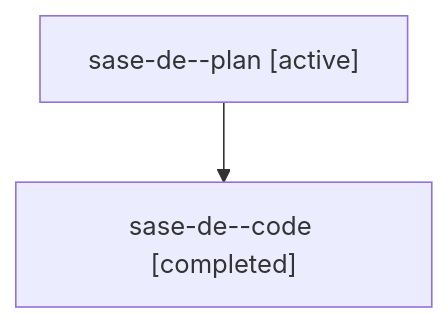
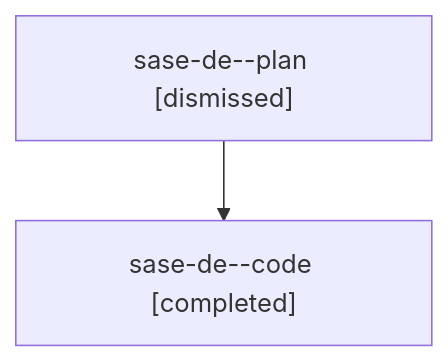
One commit to sase-org/sase--agents changed the diagram in sessions/bbugyi200.athena.sase-de.md. Above: the diagram before and after it, drawn with Mermaid. The commit also changed other lines of this file and 60 other files, not shown here.

````diff
--- a/sessions/bbugyi200.athena.sase-de.md
+++ b/sessions/bbugyi200.athena.sase-de.md
@@ -9,6 +9,6 @@
 ```mermaid
 flowchart TD
-  n0["sase-de--plan [active]"]
+  n0["sase-de--plan [dismissed]"]
   n1["sase-de--code [completed]"]
   n0 --> n1
 ```
````
